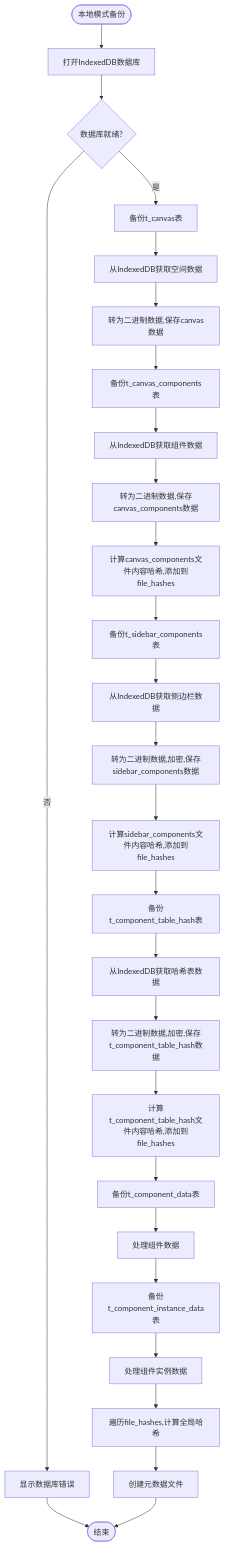
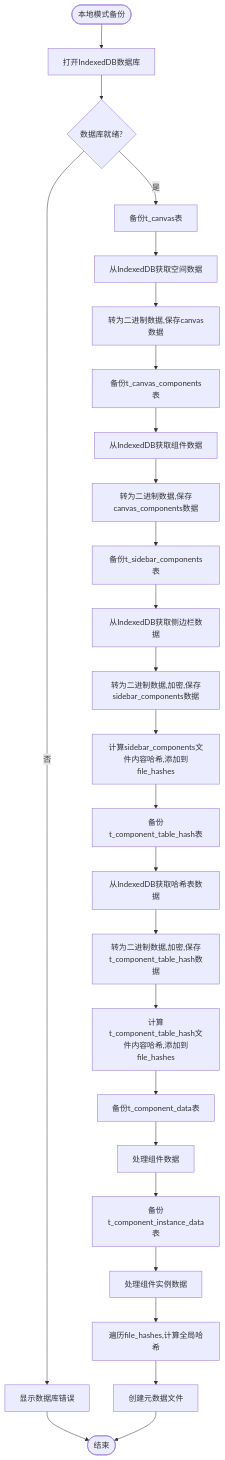
One commit to yingjianzh/iodraw-files changed the diagram in all/未命名-60.md. Above: the diagram before and after it, drawn with Mermaid.

Commit message:
2025-05-15 14:47:43 update

````diff
--- a/all/未命名-60.md
+++ b/all/未命名-60.md
@@ -1,40 +1,38 @@
 ```mermaid
 
 flowchart TD
     Start([本地模式备份]) --> OpenDB[打开IndexedDB数据库]
     OpenDB --> DBReady{数据库就绪?}
     
     DBReady -->|否| ShowDBError[显示数据库错误]
     DBReady -->|是| BackupCanvas[备份t_canvas表]
     
     ShowDBError --> End([结束])
     
     BackupCanvas --> GetCanvasFromDB[从IndexedDB获取空间数据]
     GetCanvasFromDB --> ProcessCanvasFile[转为二进制数据,保存canvas数据]
     ProcessCanvasFile -->  BackupCanvasComps[备份t_canvas_components表]
     BackupCanvasComps --> GetCanvasCompsFromDB[从IndexedDB获取组件数据]
     GetCanvasCompsFromDB --> ProcessCanvasCompsFile[转为二进制数据,保存canvas_components数据]
-    ProcessCanvasCompsFile --> AddCanvasCompsHash[计算canvas_components文件内容哈希,添加到file_hashes]
-    
-    AddCanvasCompsHash --> BackupSidebarComps[备份t_sidebar_components表]
+    ProcessCanvasCompsFile -->  BackupSidebarComps[备份t_sidebar_components表]
     BackupSidebarComps --> GetSidebarCompsFromDB[从IndexedDB获取侧边栏数据]
     GetSidebarCompsFromDB --> ProcessSidebarCompsFile[转为二进制数据,加密,保存sidebar_components数据]
     ProcessSidebarCompsFile --> AddSidebarCompsHash[计算sidebar_components文件内容哈希,添加到file_hashes]
     
     AddSidebarCompsHash --> BackupHashTables[备份t_component_table_hash表]
     BackupHashTables --> GetHashTablesFromDB[从IndexedDB获取哈希表数据]
     GetHashTablesFromDB --> ProcessHashTablesFile[转为二进制数据,加密,保存t_component_table_hash数据]
     ProcessHashTablesFile --> AddHashTablesHash[计算t_component_table_hash文件内容哈希,添加到file_hashes]
     
     AddHashTablesHash --> BackupCompData[备份t_component_data表]
     BackupCompData --> ProcessCompData[处理组件数据]
     
     ProcessCompData --> BackupInstData[备份t_component_instance_data表]
     BackupInstData --> ProcessInstData[处理组件实例数据]
     
     ProcessInstData --> CalculateGlobalHash[遍历file_hashes,计算全局哈希]
     CalculateGlobalHash --> CreateMetadataFile[创建元数据文件]
     
     CreateMetadataFile --> End
 
 ```
````
